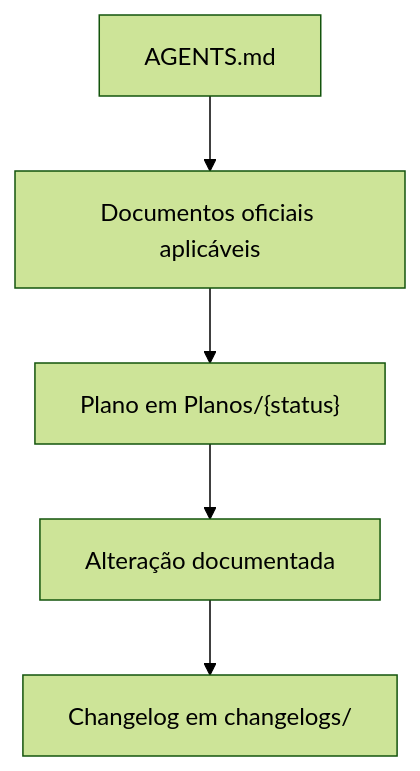
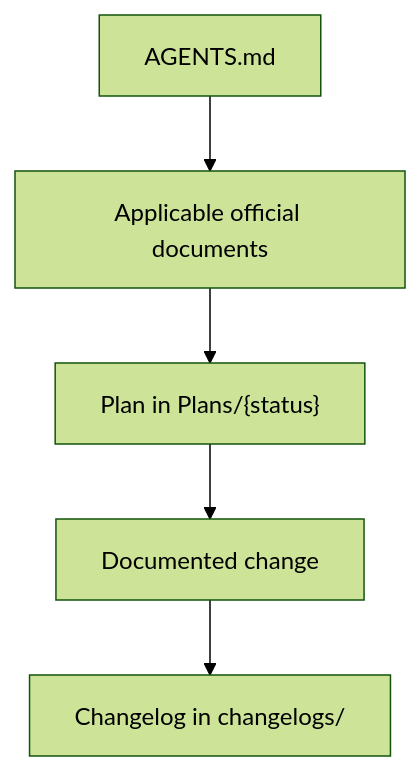
Before and after one commit to Sistema2D/FrameCode-VibeWork: the fifth of 5 diagrams in WORKFLOW.md, drawn with Mermaid (forest theme). The commit also changed other lines of this file and 78 other files, not shown here.

````diff
--- a/WORKFLOW.md
+++ b/WORKFLOW.md
@@ -135,7 +135,7 @@
 ```mermaid
 flowchart TD
-    A["AGENTS.md"] --> B["Documentos oficiais aplicáveis"]
-    B --> C["Plano em Planos/{status}"]
-    C --> D["Alteração documentada"]
-    D --> E["Changelog em changelogs/"]
+    A["AGENTS.md"] --> B["Applicable official documents"]
+    B --> C["Plan in Plans/{status}"]
+    C --> D["Documented change"]
+    D --> E["Changelog in changelogs/"]
 ```
````
